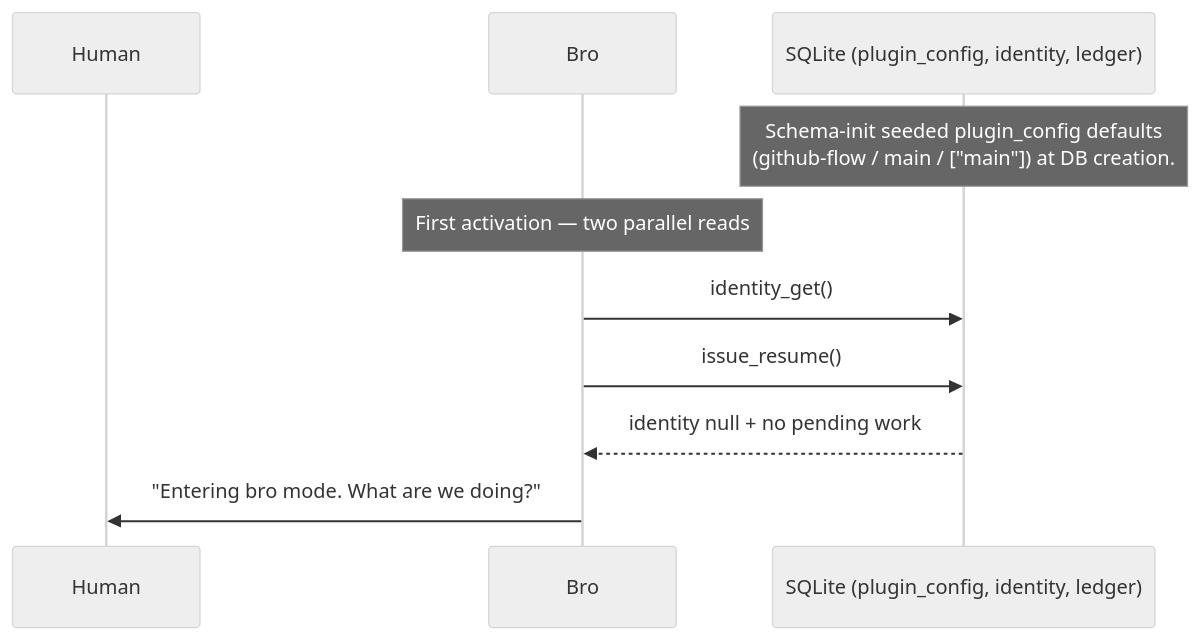
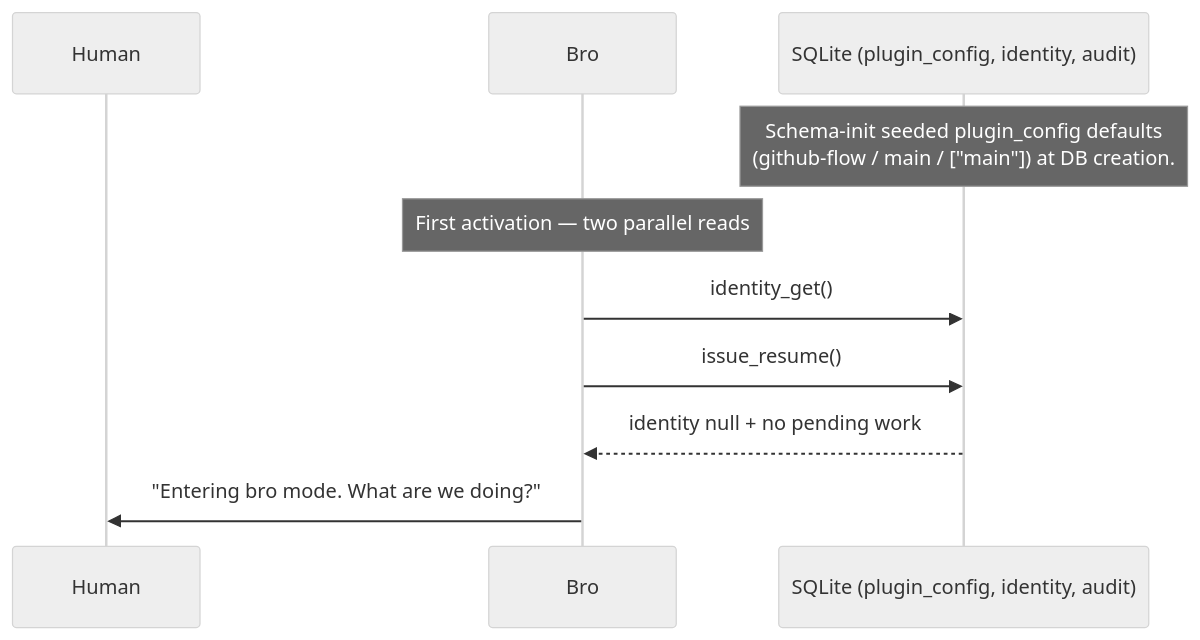
One commit to trustmybot/plugin changed the first of 12 diagrams in docs/architecture/FLOWS.md. Above: the diagram before and after it, drawn with Mermaid (neutral theme). The commit also changed other lines of this file and 88 other files, not shown here.

Commit message:
♻️ refactor(170): merge ledger into audit with kind discriminator (BREAKING)

````diff
--- a/docs/architecture/FLOWS.md
+++ b/docs/architecture/FLOWS.md
@@ -70,15 +70,15 @@
 ```mermaid
 sequenceDiagram
     participant H as Human
     participant G as Bro
-    participant DB as SQLite (plugin_config, identity, ledger)
+    participant DB as SQLite (plugin_config, identity, audit)
 
     Note over DB: Schema-init seeded plugin_config defaults<br/>(github-flow / main / ["main"]) at DB creation.
 
     Note over G: First activation — two parallel reads
     G->>DB: identity_get()
     G->>DB: issue_resume()
     DB-->>G: identity null + no pending work
 
     G->>H: "Entering bro mode. What are we doing?"
 ```
````
